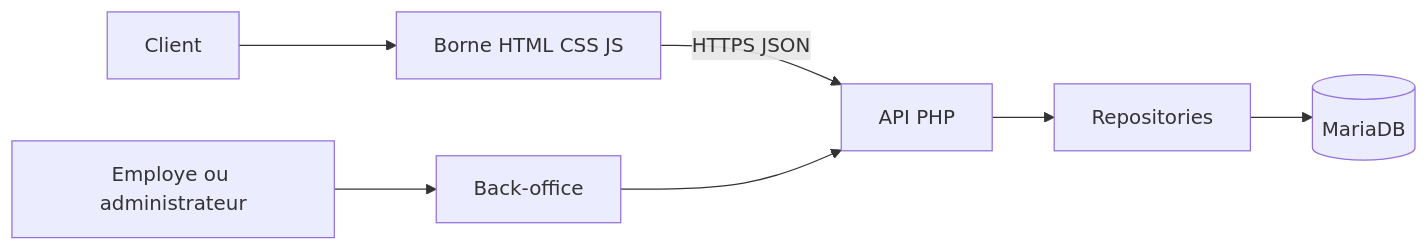
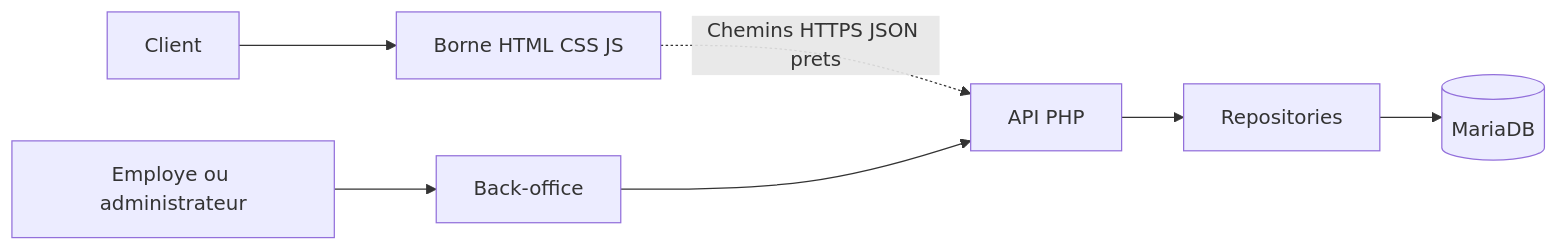
One commit to Ts8r/Wacdo_quentin changed the first of 2 diagrams in _byan-output/dossier-professionnel-jury-wacdo.md. Above: the diagram before and after it, drawn with Mermaid. The commit also changed other lines of this file and 2 other files, not shown here.

Commit message:
fix: keep API integration disconnected

````diff
--- a/_byan-output/dossier-professionnel-jury-wacdo.md
+++ b/_byan-output/dossier-professionnel-jury-wacdo.md
@@ -211,9 +209,9 @@
 ```mermaid
 flowchart LR
     Client[Client] --> Front[Borne HTML CSS JS]
-    Front -->|HTTPS JSON| API[API PHP]
+    Front -.->|Chemins HTTPS JSON prets| API[API PHP]
     Employe[Employe ou administrateur] --> Back[Back-office]
     Back --> API
     API --> Repositories[Repositories]
     Repositories --> DB[(MariaDB)]
 ```
````
